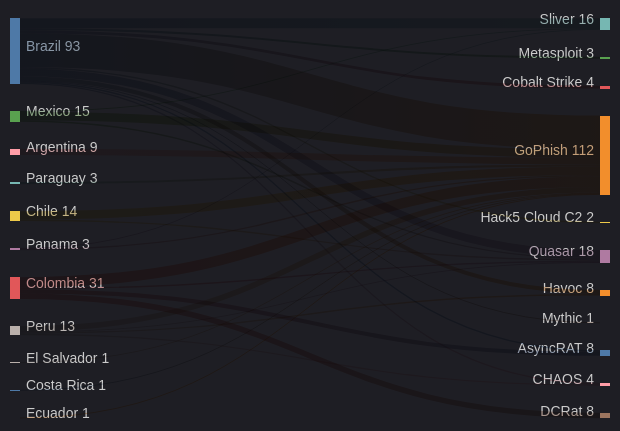
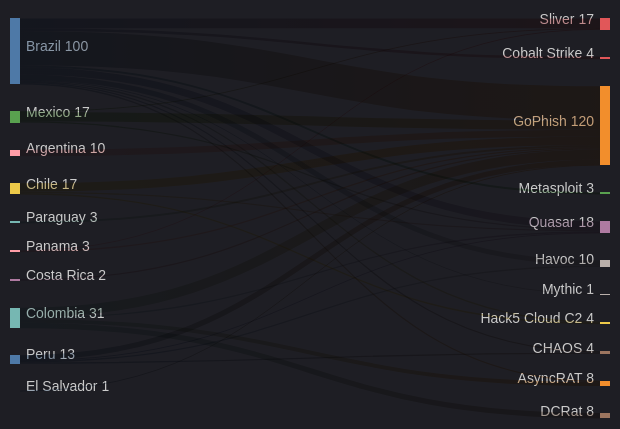
Before and after one commit to ZoqueLabs/website: the fifth of 7 diagrams in zolim.md, drawn with Mermaid. The commit also changed other lines of this file, not shown here.

````diff
--- a/zolim.md
+++ b/zolim.md
@@ -114,38 +114,38 @@
 ```mermaid
----  
-config:  
- theme: dark  
---- 
+---
+config:
+  theme: dark
+---
 %% Country → Threat (top)
 sankey-beta
-  Brazil,GoPhish,48
+  Brazil,GoPhish,52
+  Brazil,Sliver,15
   Colombia,GoPhish,15
-  Brazil,Sliver,14
-  Mexico,GoPhish,12
-  Chile,GoPhish,12
+  Mexico,GoPhish,14
+  Chile,GoPhish,13
   Brazil,Quasar,11
-  Argentina,GoPhish,9
+  Argentina,GoPhish,10
   Colombia,DCRat,8
+  Brazil,Havoc,8
   Peru,GoPhish,8
   Colombia,AsyncRAT,6
-  Brazil,Havoc,6
   Brazil,Cobalt Strike,4
   Paraguay,GoPhish,3
   Brazil,Metasploit,3
   Brazil,Hack5 Cloud C2,2
+  Costa Rica,GoPhish,2
   Chile,Quasar,2
   Panama,GoPhish,2
   Mexico,Quasar,2
   Colombia,Quasar,2
   Peru,Havoc,2
   Brazil,AsyncRAT,2
+  Chile,Hack5 Cloud C2,2
   Peru,CHAOS,2
   Brazil,CHAOS,2
   Brazil,Mythic,1
   Mexico,Sliver,1
   Panama,Sliver,1
   Peru,Quasar,1
   El Salvador,GoPhish,1
-  Costa Rica,GoPhish,1
-  Ecuador,GoPhish,1
 ```
````
